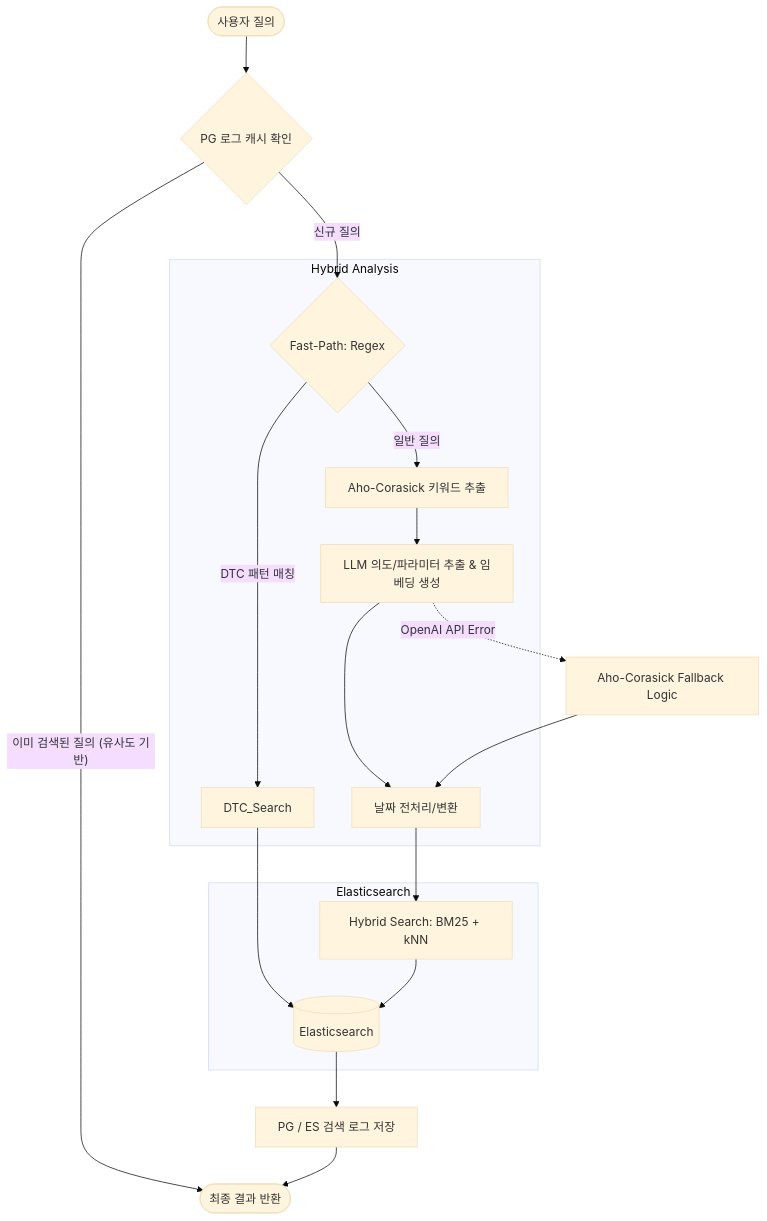
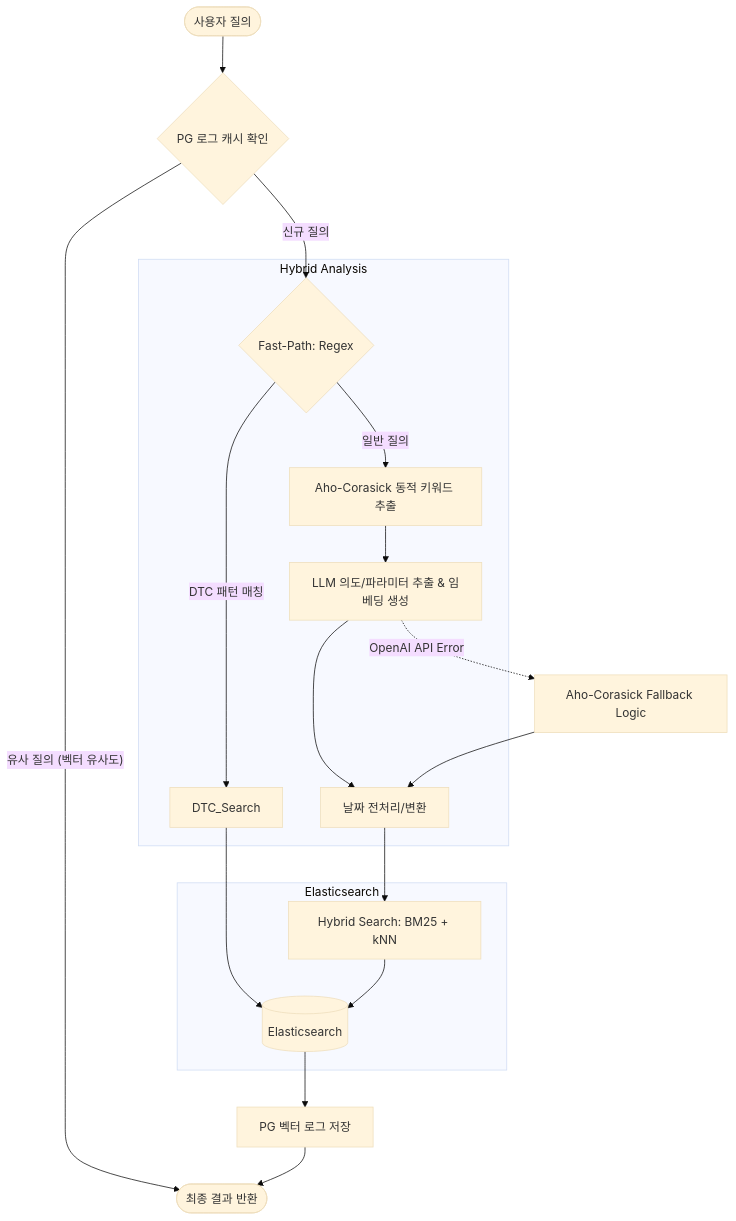
One commit to jaechul4444-commits/IntentAnalyzer0.0 changed the diagram in README.md. Above: the diagram before and after it, drawn with Mermaid (base theme). The commit also changed other lines of this file and 6 other files, not shown here.

````diff
--- a/README.md
+++ b/README.md
@@ -11,26 +20,26 @@
-```mermaid
+:::mermaid
 graph TD
     User([사용자 질의]) --> Cache{PG 로그 캐시 확인}
-    Cache -- "이미 검색된 질의 (유사도 기반)" --> Response
+    Cache -- "유사 질의 (벡터 유사도)" --> Response
     Cache -- "신규 질의" --> FastPath{Fast-Path: Regex}
     
     subgraph "Hybrid Analysis"
         FastPath -- "DTC 패턴 매칭" --> DTC_Search
-        FastPath -- "일반 질의" --> AC_Match[Aho-Corasick 키워드 추출]
+        FastPath -- "일반 질의" --> AC_Match[Aho-Corasick 동적 키워드 추출]
         AC_Match --> LLM_Extract[LLM 의도/파라미터 추출 & 임베딩 생성]
         LLM_Extract --> Date_Parser[날짜 전처리/변환]
     end
     
     subgraph "Elasticsearch"
         DTC_Search --> ES[(Elasticsearch)]
         Date_Parser --> Hybrid_Search[Hybrid Search: BM25 + kNN]
         Hybrid_Search --> ES
     end
     
-    ES --> Log_Save[PG / ES 검색 로그 저장]
+    ES --> Log_Save[PG 벡터 로그 저장]
     Log_Save --> Response([최종 결과 반환])
     
     %% Fallback Logic
     LLM_Extract -.->|OpenAI API Error| Fallback[Aho-Corasick Fallback Logic]
     Fallback --> Date_Parser
-```
+:::
````
